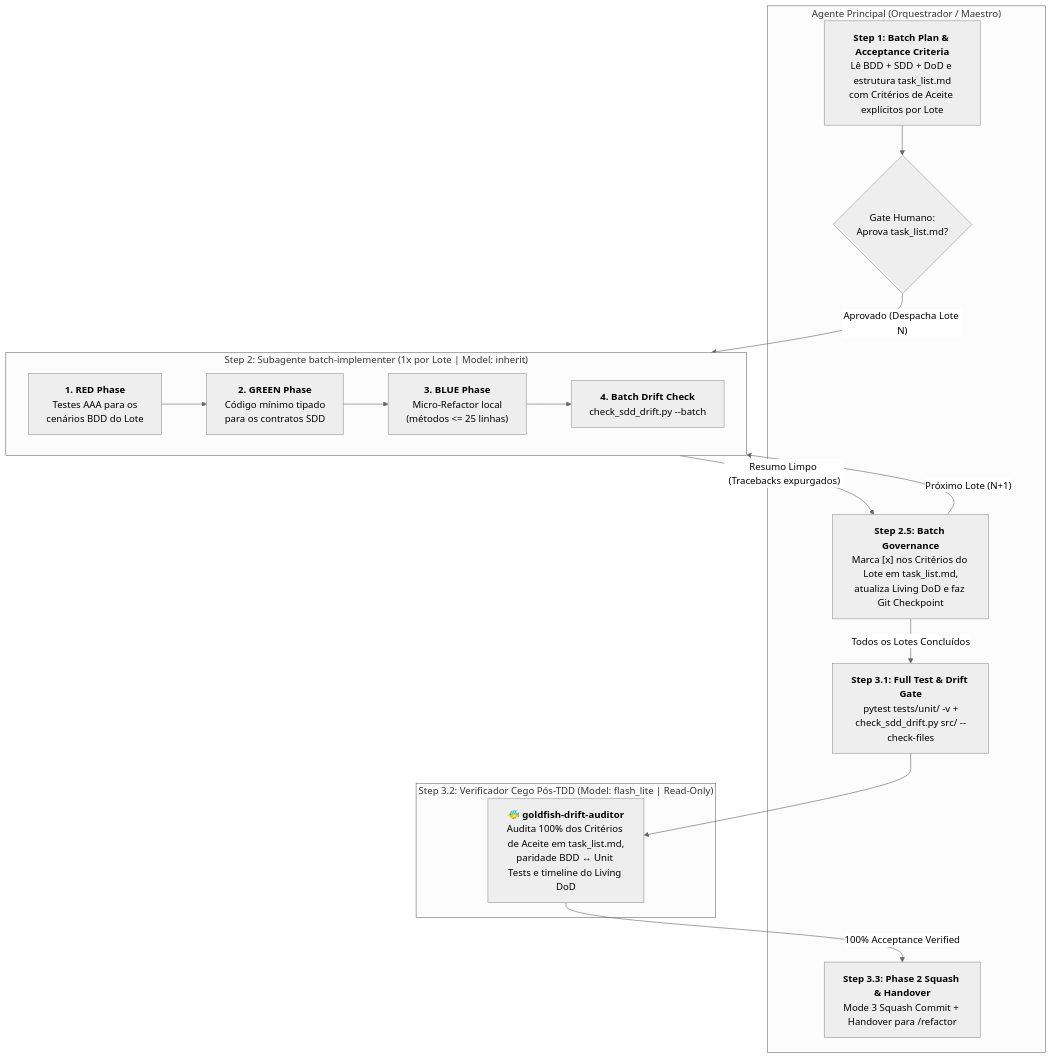
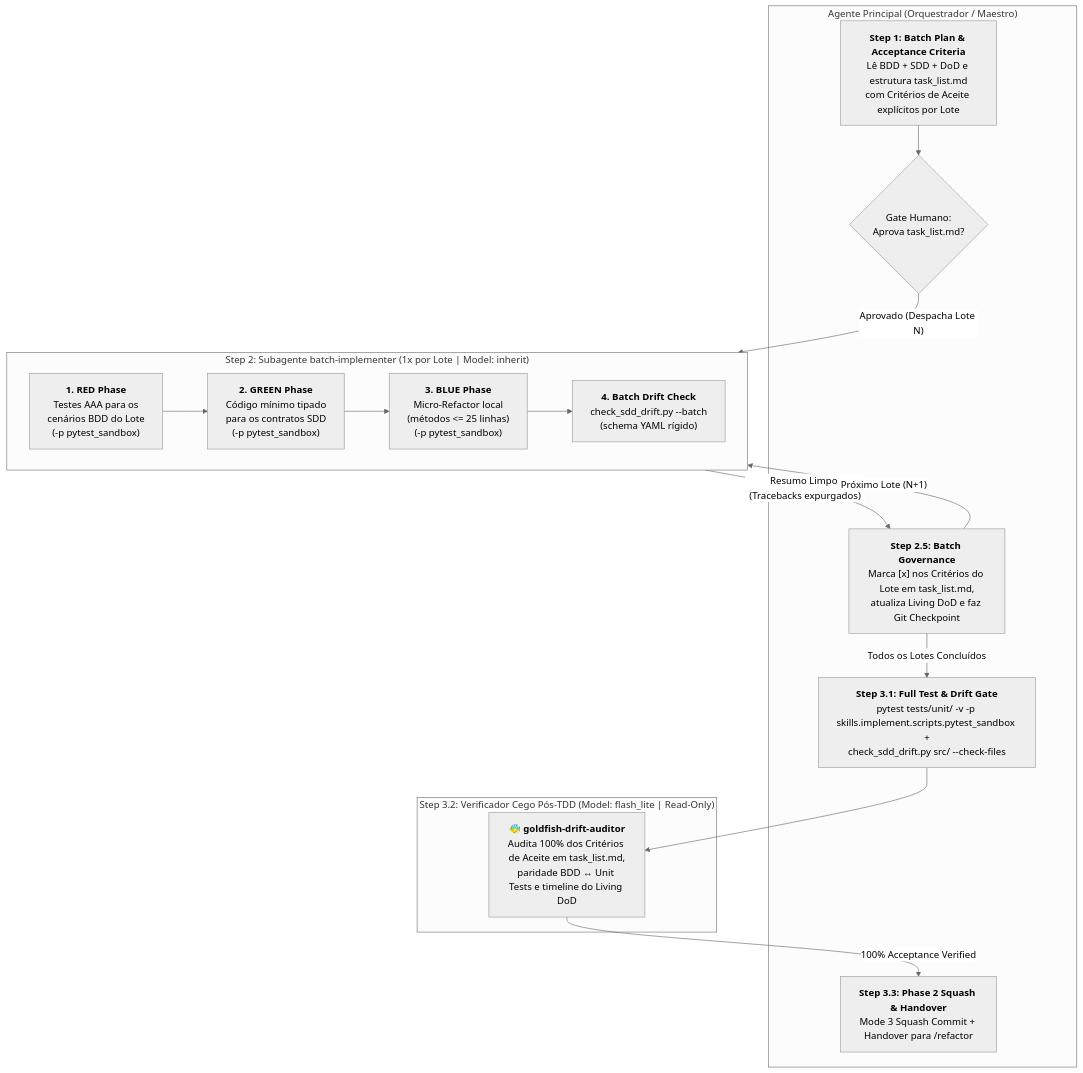
The diagram in doc/skills/implement/README.md (MarcosVeniciu/antigravity-agentic-skills), drawn with Mermaid (neutral theme) before and after one commit. The commit also changed other lines of this file and 15 other files, not shown here.

Commit message:
feat(security): implement AST docstring injector, onboarding linter, strict yaml pivots, and pytest sandbox

````diff
--- a/doc/skills/implement/README.md
+++ b/doc/skills/implement/README.md
@@ -22,29 +22,29 @@
 ```mermaid
 flowchart TD
     subgraph MainChat["Agente Principal (Orquestrador / Maestro)"]
         S1["<b>Step 1: Batch Plan & Acceptance Criteria</b><br/>Lê BDD + SDD + DoD e estrutura task_list.md<br/>com Critérios de Aceite explícitos por Lote"]
         G1{"Gate Humano:<br/>Aprova task_list.md?"}
         Gov["<b>Step 2.5: Batch Governance</b><br/>Marca [x] nos Critérios do Lote em task_list.md,<br/>atualiza Living DoD e faz Git Checkpoint"]
-        S3_1["<b>Step 3.1: Full Test & Drift Gate</b><br/>pytest tests/unit/ -v +<br/>check_sdd_drift.py src/ --check-files"]
+        S3_1["<b>Step 3.1: Full Test & Drift Gate</b><br/>pytest tests/unit/ -v -p skills.implement.scripts.pytest_sandbox +<br/>check_sdd_drift.py src/ --check-files"]
         S3_3["<b>Step 3.3: Phase 2 Squash & Handover</b><br/>Mode 3 Squash Commit + Handover para /refactor"]
     end
 
     subgraph SubBatch["Step 2: Subagente batch-implementer (1x por Lote | Model: inherit)"]
         direction LR
-        R["<b>1. RED Phase</b><br/>Testes AAA para os<br/>cenários BDD do Lote"] --> G["<b>2. GREEN Phase</b><br/>Código mínimo tipado<br/>para os contratos SDD"]
-        G --> B["<b>3. BLUE Phase</b><br/>Micro-Refactor local<br/>(métodos <= 25 linhas)"]
-        B --> D["<b>4. Batch Drift Check</b><br/>check_sdd_drift.py --batch"]
+        R["<b>1. RED Phase</b><br/>Testes AAA para os<br/>cenários BDD do Lote<br/>(-p pytest_sandbox)"] --> G["<b>2. GREEN Phase</b><br/>Código mínimo tipado<br/>para os contratos SDD<br/>(-p pytest_sandbox)"]
+        G --> B["<b>3. BLUE Phase</b><br/>Micro-Refactor local<br/>(métodos <= 25 linhas)<br/>(-p pytest_sandbox)"]
+        B --> D["<b>4. Batch Drift Check</b><br/>check_sdd_drift.py --batch<br/>(schema YAML rígido)"]
     end
 
     subgraph SubVerify["Step 3.2: Verificador Cego Pós-TDD (Model: flash_lite | Read-Only)"]
         GF["🐠 <b>goldfish-drift-auditor</b><br/>Audita 100% dos Critérios de Aceite em task_list.md,<br/>paridade BDD ↔ Unit Tests e timeline do Living DoD"]
     end
 
     S1 --> G1
     G1 -->|"Aprovado (Despacha Lote N)"| R
     D -->|"Resumo Limpo (Tracebacks expurgados)"| Gov
     Gov -->|"Próximo Lote (N+1)"| R
     Gov -->|"Todos os Lotes Concluídos"| S3_1
     S3_1 --> GF
     GF -->|"100% Acceptance Verified"| S3_3
 ```
````
